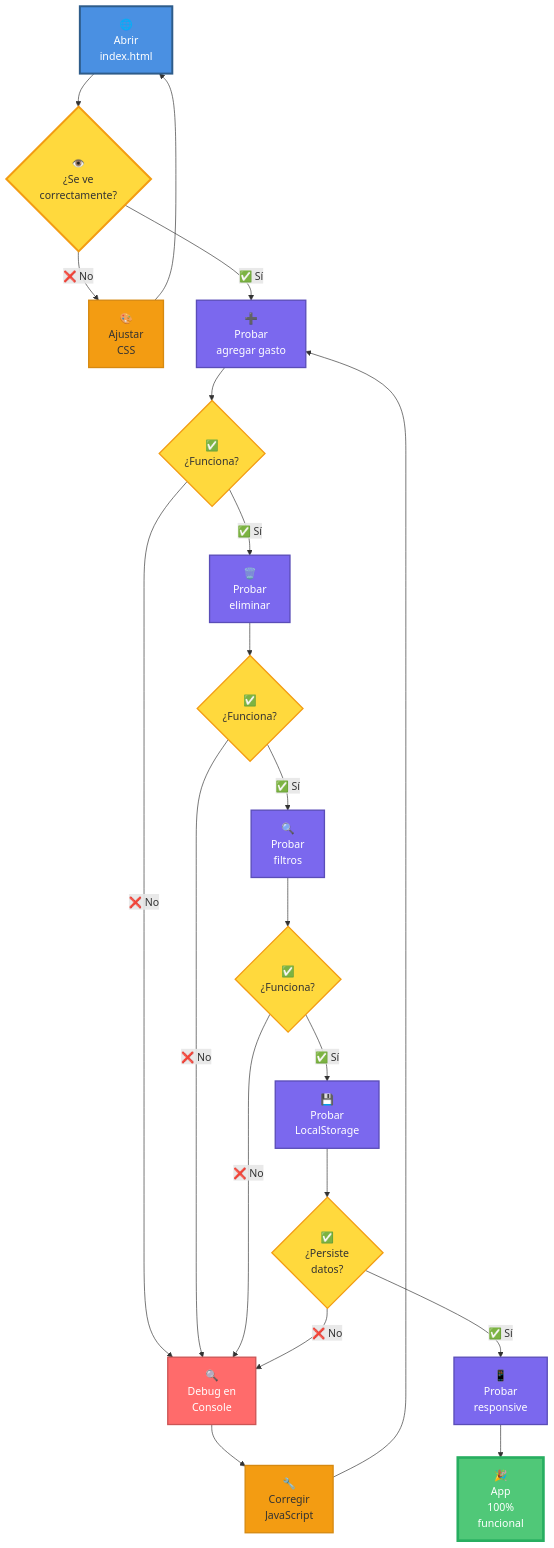
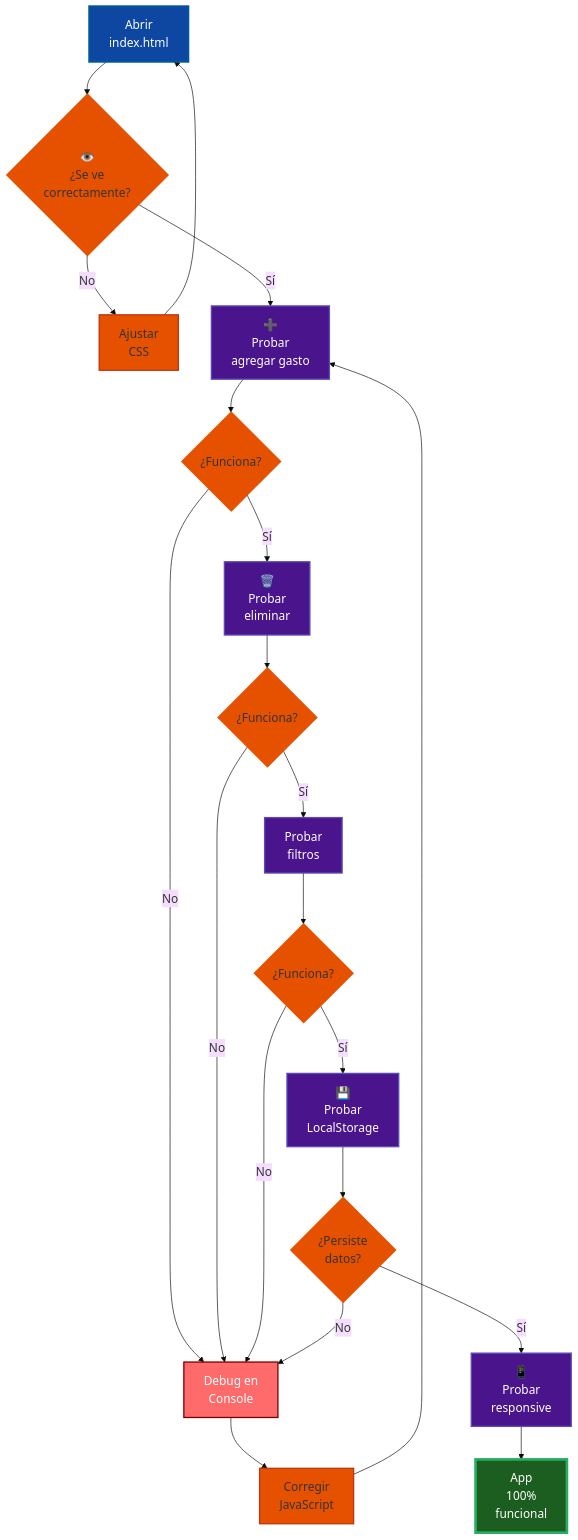
One commit to Ai-Whisperers/Courses-Content changed the sixth of 8 diagrams in courses/🟡-development/FPUNA-2026/00-FUNDAMENTOS-PRINCIPALES/05-proyecto-en-vivo.md. Above: the diagram before and after it, drawn with Mermaid. The commit also changed other lines of this file and 47 other files, not shown here.

First line of the commit message:
fix: Make all 473 diagrams WCAG AAA accessible (FPUNA-2026)

````diff
--- a/courses/🟡-development/FPUNA-2026/00-FUNDAMENTOS-PRINCIPALES/05-proyecto-en-vivo.md
+++ b/courses/🟡-development/FPUNA-2026/00-FUNDAMENTOS-PRINCIPALES/05-proyecto-en-vivo.md
@@ -737,43 +742,44 @@
 ```mermaid
+%%{init: {'theme':'base', 'themeVariables': {'fontSize':'18px'}}}%%
 flowchart TD
-    A["🌐<br/>Abrir<br/>index.html"] --> B{"👁️<br/>¿Se ve<br/>correctamente?"}
-    B -->|"❌ No"| C["🎨<br/>Ajustar<br/>CSS"]
+    A["Abrir<br/>index.html"] --> B{"👁️<br/>¿Se ve<br/>correctamente?"}
+    B -->|"No"| C["Ajustar<br/>CSS"]
     C --> A
-    B -->|"✅ Sí"| D["➕<br/>Probar<br/>agregar gasto"]
+    B -->|"Sí"| D["➕<br/>Probar<br/>agregar gasto"]
     
-    D --> E{"✅<br/>¿Funciona?"}
-    E -->|"❌ No"| F["🔍<br/>Debug en<br/>Console"]
-    F --> G["🔧<br/>Corregir<br/>JavaScript"]
+    D --> E{"¿Funciona?"}
+    E -->|"No"| F["Debug en<br/>Console"]
+    F --> G["Corregir<br/>JavaScript"]
     G --> D
-    E -->|"✅ Sí"| H["🗑️<br/>Probar<br/>eliminar"]
+    E -->|"Sí"| H["🗑️<br/>Probar<br/>eliminar"]
     
-    H --> I{"✅<br/>¿Funciona?"}
-    I -->|"❌ No"| F
-    I -->|"✅ Sí"| J["🔍<br/>Probar<br/>filtros"]
+    H --> I{"¿Funciona?"}
+    I -->|"No"| F
+    I -->|"Sí"| J["Probar<br/>filtros"]
     
-    J --> K{"✅<br/>¿Funciona?"}
-    K -->|"❌ No"| F
-    K -->|"✅ Sí"| L["💾<br/>Probar<br/>LocalStorage"]
+    J --> K{"¿Funciona?"}
+    K -->|"No"| F
+    K -->|"Sí"| L["💾<br/>Probar<br/>LocalStorage"]
     
-    L --> M{"✅<br/>¿Persiste<br/>datos?"}
-    M -->|"❌ No"| F
-    M -->|"✅ Sí"| N["📱<br/>Probar<br/>responsive"]
+    L --> M{"¿Persiste<br/>datos?"}
+    M -->|"No"| F
+    M -->|"Sí"| N["📱<br/>Probar<br/>responsive"]
     
-    N --> O["🎉<br/>App<br/>100%<br/>funcional"]
+    N --> O["App<br/>100%<br/>funcional"]
     
-    style A fill:#4A90E2,stroke:#2E5C8A,stroke-width:3px,color:#fff
-    style B fill:#FFD93D,stroke:#F39C12,stroke-width:3px,color:#333
-    style C fill:#F39C12,stroke:#D68910,stroke-width:2px,color:#333
-    style D fill:#7B68EE,stroke:#5A4DB8,stroke-width:2px,color:#fff
-    style E fill:#FFD93D,stroke:#F39C12,stroke-width:2px,color:#333
-    style F fill:#FF6B6B,stroke:#CC5555,stroke-width:2px,color:#fff
-    style G fill:#F39C12,stroke:#D68910,stroke-width:2px,color:#333
-    style H fill:#7B68EE,stroke:#5A4DB8,stroke-width:2px,color:#fff
-    style I fill:#FFD93D,stroke:#F39C12,stroke-width:2px,color:#333
-    style J fill:#7B68EE,stroke:#5A4DB8,stroke-width:2px,color:#fff
-    style K fill:#FFD93D,stroke:#F39C12,stroke-width:2px,color:#333
-    style L fill:#7B68EE,stroke:#5A4DB8,stroke-width:2px,color:#fff
-    style M fill:#FFD93D,stroke:#F39C12,stroke-width:2px,color:#333
-    style N fill:#7B68EE,stroke:#5A4DB8,stroke-width:2px,color:#fff
-    style O fill:#50C878,stroke:#27AE60,stroke-width:4px,color:#fff
+    style A fill:#0d47a1,stroke:#01579b,stroke-width:3px,color:#fff
+    style B fill:#e65100,stroke:#e65100,stroke-width:3px,color:#333
+    style C fill:#e65100,stroke:#bf360c,stroke-width:2px,color:#333
+    style D fill:#4a148c,stroke:#5A4DB8,stroke-width:2px,color:#fff
+    style E fill:#e65100,stroke:#e65100,stroke-width:2px,color:#333
+    style F fill:#FF6B6B,stroke:#7f0000,stroke-width:2px,color:#fff
+    style G fill:#e65100,stroke:#bf360c,stroke-width:2px,color:#333
+    style H fill:#4a148c,stroke:#5A4DB8,stroke-width:2px,color:#fff
+    style I fill:#e65100,stroke:#e65100,stroke-width:2px,color:#333
+    style J fill:#4a148c,stroke:#5A4DB8,stroke-width:2px,color:#fff
+    style K fill:#e65100,stroke:#e65100,stroke-width:2px,color:#333
+    style L fill:#4a148c,stroke:#5A4DB8,stroke-width:2px,color:#fff
+    style M fill:#e65100,stroke:#e65100,stroke-width:2px,color:#333
+    style N fill:#4a148c,stroke:#5A4DB8,stroke-width:2px,color:#fff
+    style O fill:#1b5e20,stroke:#27AE60,stroke-width:4px,color:#fff
 ```
````
